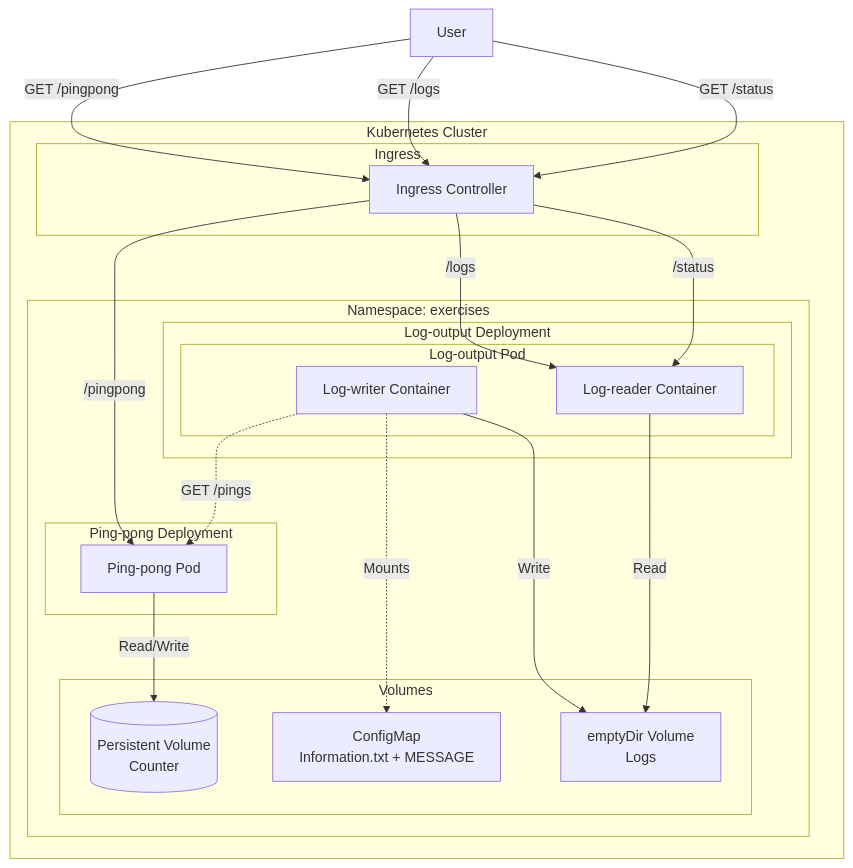
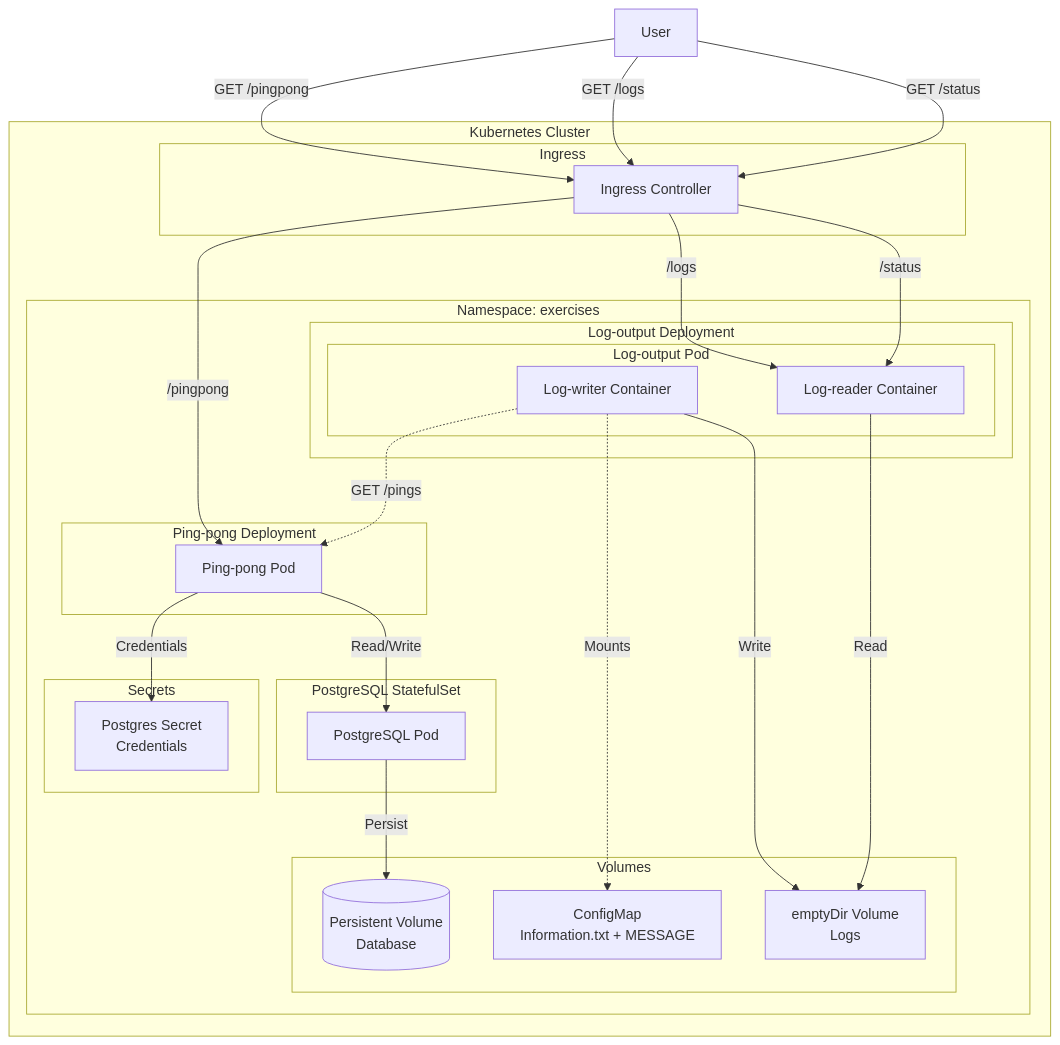
Before and after one commit to Yakovyakov/KubernetsSubmissions: the diagram in log_output/README.md, drawn with Mermaid. The commit also changed other lines of this file and 4 other files, not shown here.

````diff
--- a/log_output/README.md
+++ b/log_output/README.md
@@ -150,45 +202,56 @@
   ```mermaid
-  graph TD
+graph TD
   subgraph Kubernetes Cluster
     subgraph Ingress
       I[Ingress Controller]
     end
     subgraph "Namespace: exercises"
+      subgraph PostgreSQL StatefulSet
+        PG[PostgreSQL Pod]
+      end
+      
       subgraph Ping-pong Deployment
         PP[Ping-pong Pod]
       end
       
       subgraph Log-output Deployment
         LO[Log-output Pod]
         subgraph LO[Log-output Pod]
           LW[Log-writer Container]
           LR[Log-reader Container]
         end
       end
       
       subgraph Volumes
-        PV[(Persistent Volume<br>Counter)]
+        PV[(Persistent Volume<br>Database)]
         CM[ConfigMap<br>Information.txt + MESSAGE]
         LV[emptyDir Volume<br>Logs]
+      end
+
+      subgraph Secrets
+        SEC[Postgres Secret<br>Credentials]
       end
     end
   end
 
   User[User] -->|GET /pingpong| I
   User -->|GET /logs| I
   User -->|GET /status| I
 
   I -->|/pingpong| PP
   I -->|/logs| LR
   I -->|/status| LR
   LW -.->|GET /pings| PP
   LW -.->|Mounts| CM
-  PP -->|Read/Write| PV
+  PP -->|Read/Write| PG
+  PG -->|Persist| PV
+  PP -->|Credentials| SEC
   LW -->|Write| LV
   LR -->|Read| LV
 
-  class PP,LO pod;
+  class PP,LO,PG pod;
   class LW,LR container;
-  class PV,LV storage;
+  class PV storage;
   class I ingress;
+  class SEC secret;
   ```
````
